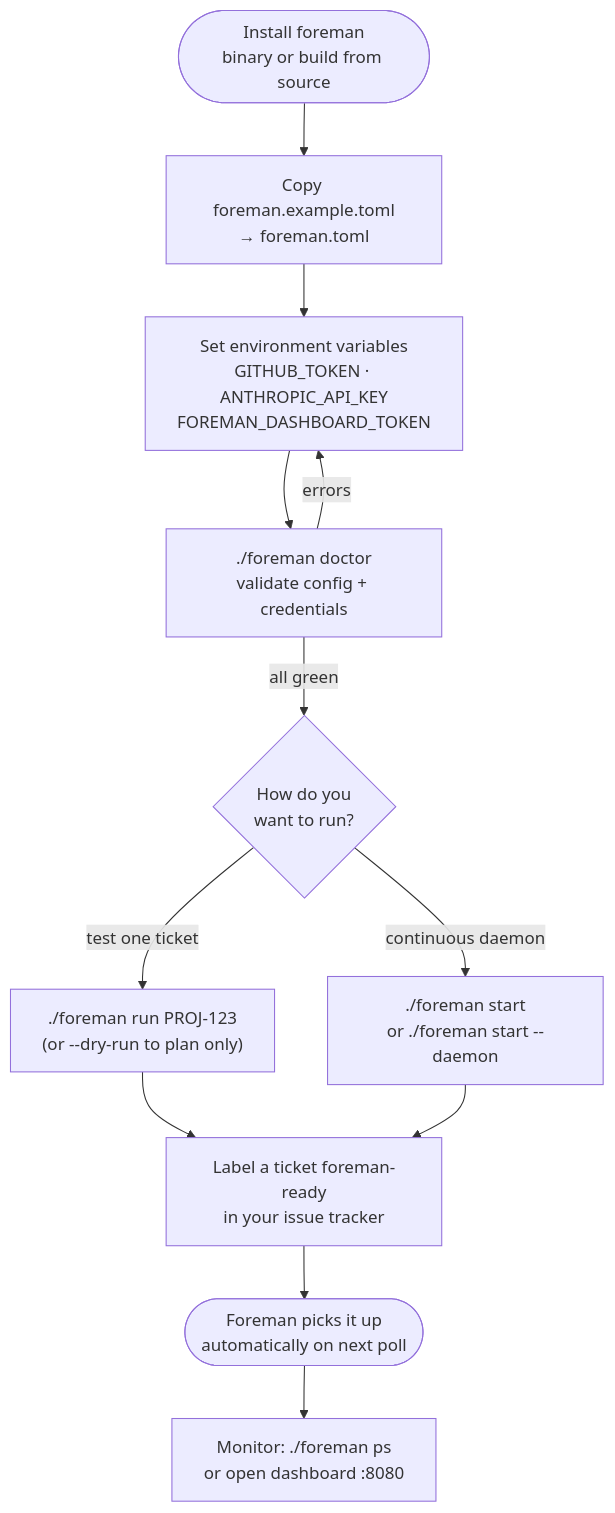
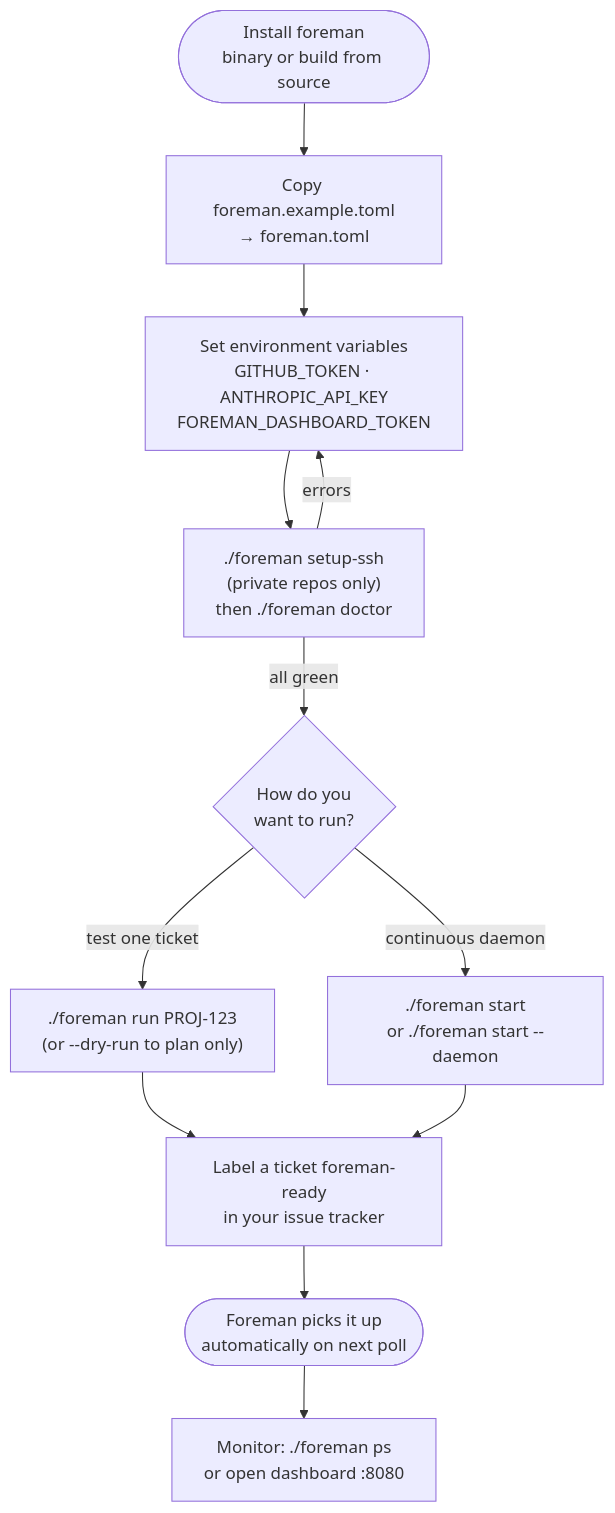
The diagram in docs/getting-started.md (canhta/foreman), drawn with Mermaid before and after one commit. The commit also changed other lines of this file and 9 other files, not shown here.

````diff
--- a/docs/getting-started.md
+++ b/docs/getting-started.md
@@ -101,16 +103,16 @@
 ```mermaid
 flowchart TD
     A([Install foreman\nbinary or build from source]) --> B["Copy foreman.example.toml\n→ foreman.toml"]
     B --> C["Set environment variables\nGITHUB_TOKEN · ANTHROPIC_API_KEY\nFOREMAN_DASHBOARD_TOKEN"]
-    C --> D["./foreman doctor\nvalidate config + credentials"]
+    C --> D["./foreman setup-ssh\n(private repos only)\nthen ./foreman doctor"]
     D -- "errors" --> C
     D -- "all green" --> E{How do you\nwant to run?}
 
     E -- "test one ticket" --> F["./foreman run PROJ-123\n(or --dry-run to plan only)"]
     E -- "continuous daemon" --> G["./foreman start\nor ./foreman start --daemon"]
 
     F --> H["Label a ticket foreman-ready\nin your issue tracker"]
     G --> H
     H --> I(["Foreman picks it up\nautomatically on next poll"])
     I --> J["Monitor: ./foreman ps\nor open dashboard :8080"]
 ```
````
